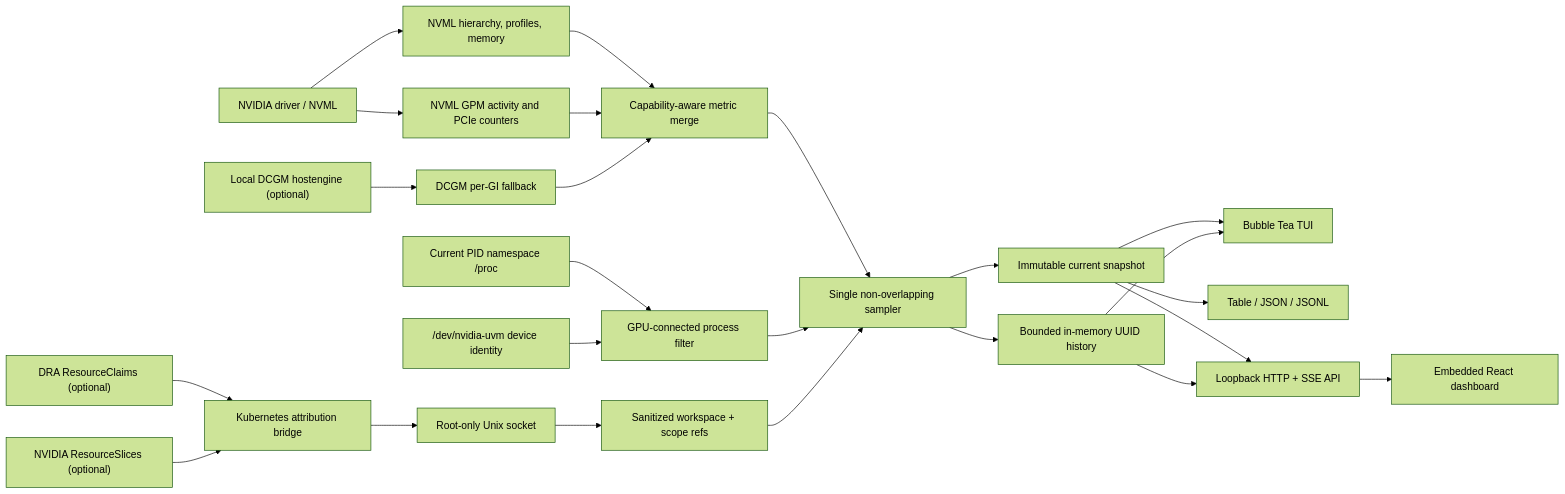
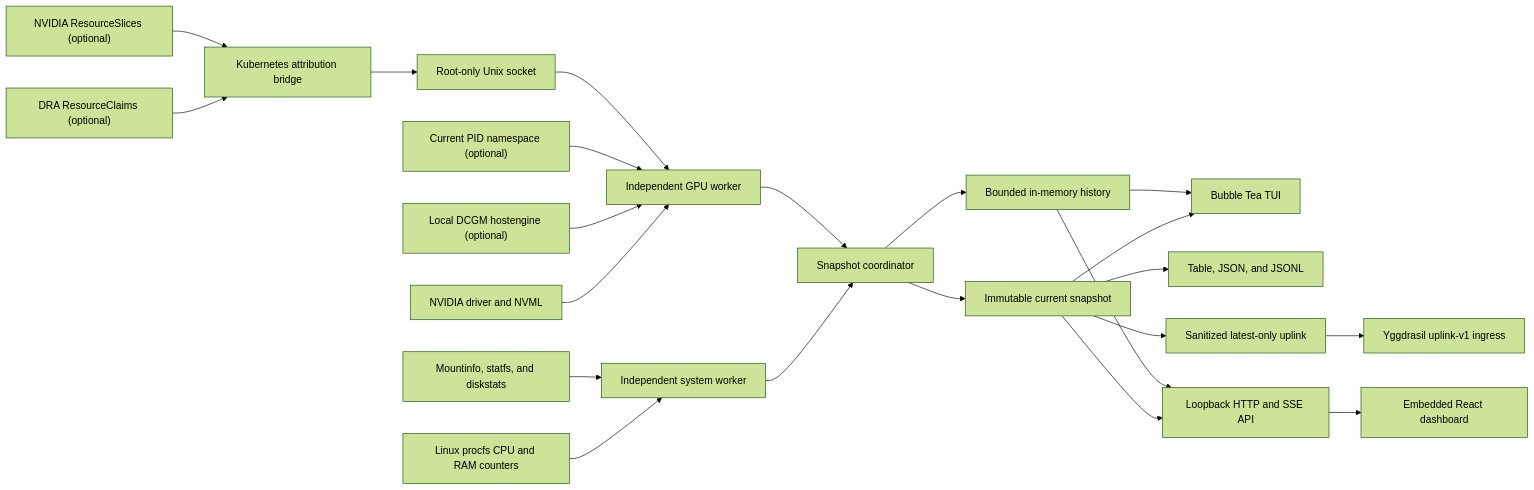
One commit to intellisys-stevens/leviathan changed the diagram in docs/assets/architecture.mmd. Above: the diagram before and after it, drawn with Mermaid (forest theme). The commit also changed 21 other files, not shown here.

```diff
--- a/docs/assets/architecture.mmd
+++ b/docs/assets/architecture.mmd
@@ -1,27 +1,27 @@
 flowchart LR
-  driver["NVIDIA driver / NVML"] --> nvml["NVML hierarchy, profiles, memory"]
-  driver --> gpm["NVML GPM activity and PCIe counters"]
-  hostengine["Local DCGM hostengine (optional)"] --> dcgm["DCGM per-GI fallback"]
-  nvml --> merge["Capability-aware metric merge"]
-  gpm --> merge
-  dcgm --> merge
+  procfs["Linux procfs CPU and RAM counters"] --> system["Independent system worker"]
+  mounts["Mountinfo, statfs, and diskstats"] --> system
 
-  proc["Current PID namespace /proc"] --> identity["GPU-connected process filter"]
-  uvm["/dev/nvidia-uvm device identity"] --> identity
-  merge --> sampler["Single non-overlapping sampler"]
-  identity --> sampler
+  driver["NVIDIA driver and NVML"] --> gpu["Independent GPU worker"]
+  hostengine["Local DCGM hostengine (optional)"] --> gpu
+  processes["Current PID namespace (optional)"] --> gpu
 
   claims["DRA ResourceClaims (optional)"] --> bridge["Kubernetes attribution bridge"]
   slices["NVIDIA ResourceSlices (optional)"] --> bridge
   bridge --> socket["Root-only Unix socket"]
-  socket --> attribution["Sanitized workspace + scope refs"]
-  attribution --> sampler
+  socket --> gpu
 
-  sampler --> current["Immutable current snapshot"]
-  sampler --> history["Bounded in-memory UUID history"]
+  system --> coordinator["Snapshot coordinator"]
+  gpu --> coordinator
+  coordinator --> current["Immutable current snapshot"]
+  coordinator --> history["Bounded in-memory history"]
+
   current --> tui["Bubble Tea TUI"]
-  current --> cli["Table / JSON / JSONL"]
-  current --> api["Loopback HTTP + SSE API"]
+  current --> cli["Table, JSON, and JSONL"]
+  current --> api["Loopback HTTP and SSE API"]
   history --> tui
   history --> api
   api --> browser["Embedded React dashboard"]
+
+  current --> projection["Sanitized latest-only uplink"]
+  projection --> yggdrasil["Yggdrasil uplink-v1 ingress"]
```
